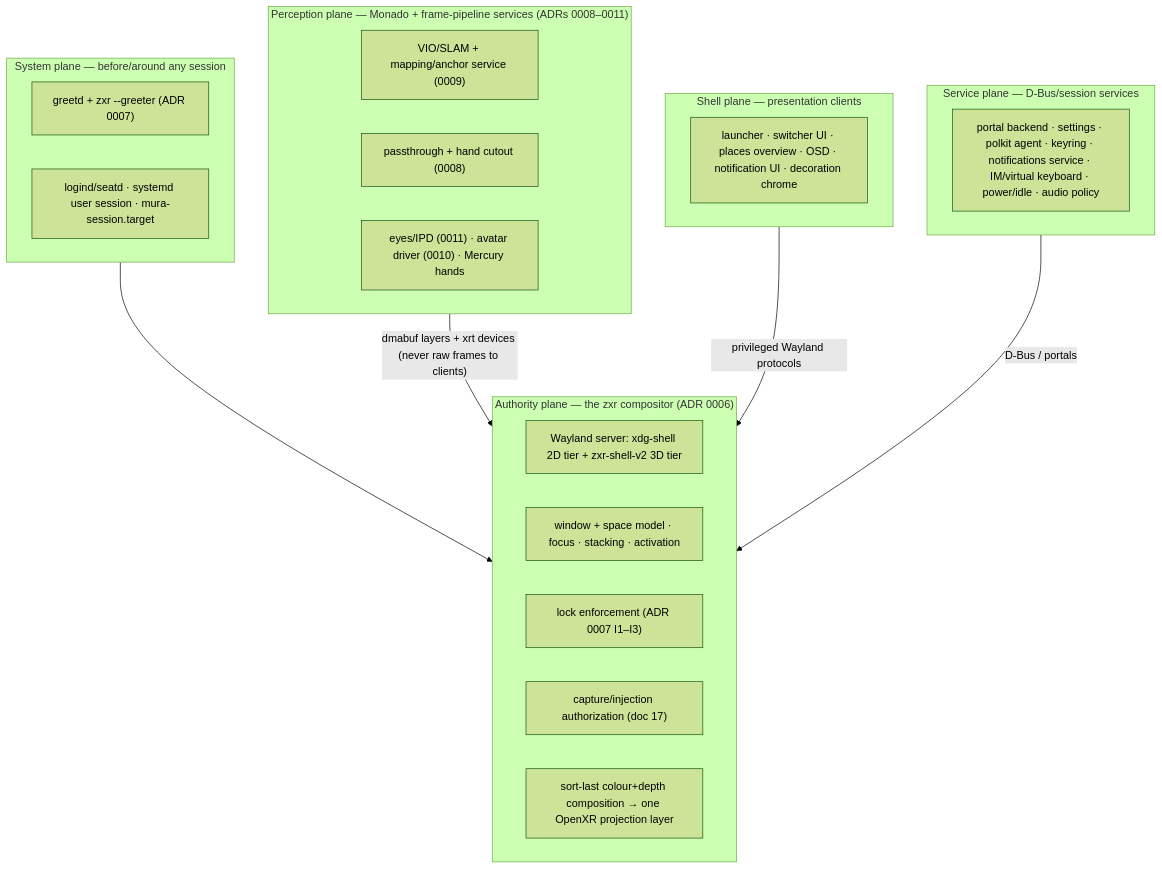
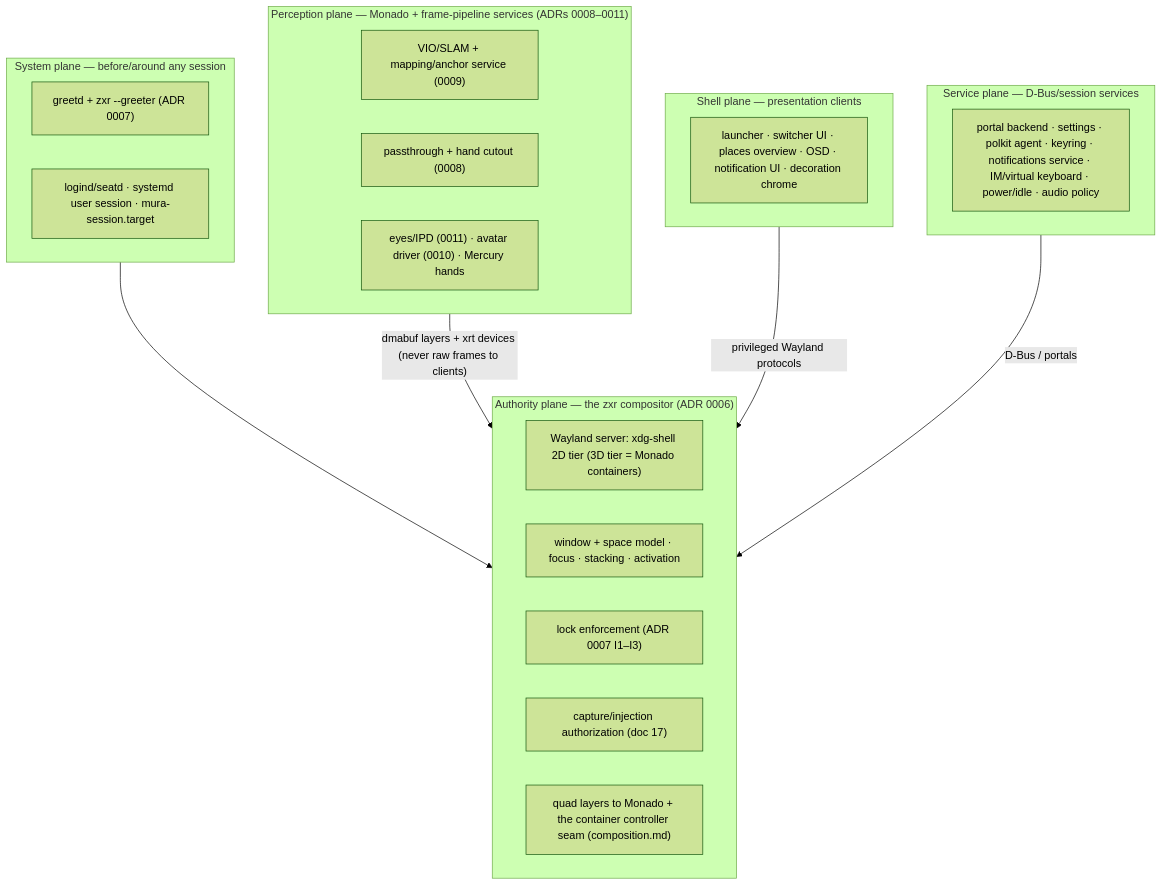
One commit to mura-os/mura changed the diagram in docs/architecture/desktop-environment.md. Above: the diagram before and after it, drawn with Mermaid (forest theme). The commit also changed other lines of this file and 45 other files, not shown here.

````diff
--- a/docs/architecture/desktop-environment.md
+++ b/docs/architecture/desktop-environment.md
@@ -112,29 +116,29 @@
 ```mermaid
 flowchart TB
     subgraph sysplane ["System plane — before/around any session"]
         greetd["greetd + zxr --greeter (ADR 0007)"]
         seat["logind/seatd · systemd user session · mura-session.target"]
     end
     subgraph authplane ["Authority plane — the zxr compositor (ADR 0006)"]
-        wl["Wayland server: xdg-shell 2D tier + zxr-shell-v2 3D tier"]
+        wl["Wayland server: xdg-shell 2D tier (3D tier = Monado containers)"]
         wm["window + space model · focus · stacking · activation"]
         lock["lock enforcement (ADR 0007 I1–I3)"]
         cap["capture/injection authorization (doc 17)"]
-        compose["sort-last colour+depth composition → one OpenXR projection layer"]
+        compose["quad layers to Monado + the container controller seam (composition.md)"]
     end
     subgraph percplane ["Perception plane — Monado + frame-pipeline services (ADRs 0008–0011)"]
         vio["VIO/SLAM + mapping/anchor service (0009)"]
         pass["passthrough + hand cutout (0008)"]
         eyes["eyes/IPD (0011) · avatar driver (0010) · Mercury hands"]
     end
     subgraph shellplane ["Shell plane — presentation clients"]
         panels["launcher · switcher UI · places overview · OSD · notification UI · decoration chrome"]
     end
     subgraph svcplane ["Service plane — D-Bus/session services"]
         services["portal backend · settings · polkit agent · keyring · notifications service · IM/virtual keyboard · power/idle · audio policy"]
     end
     sysplane --> authplane
     percplane -->|"dmabuf layers + xrt devices (never raw frames to clients)"| authplane
     shellplane -->|"privileged Wayland protocols"| authplane
     svcplane -->|"D-Bus / portals"| authplane
 ```
````
